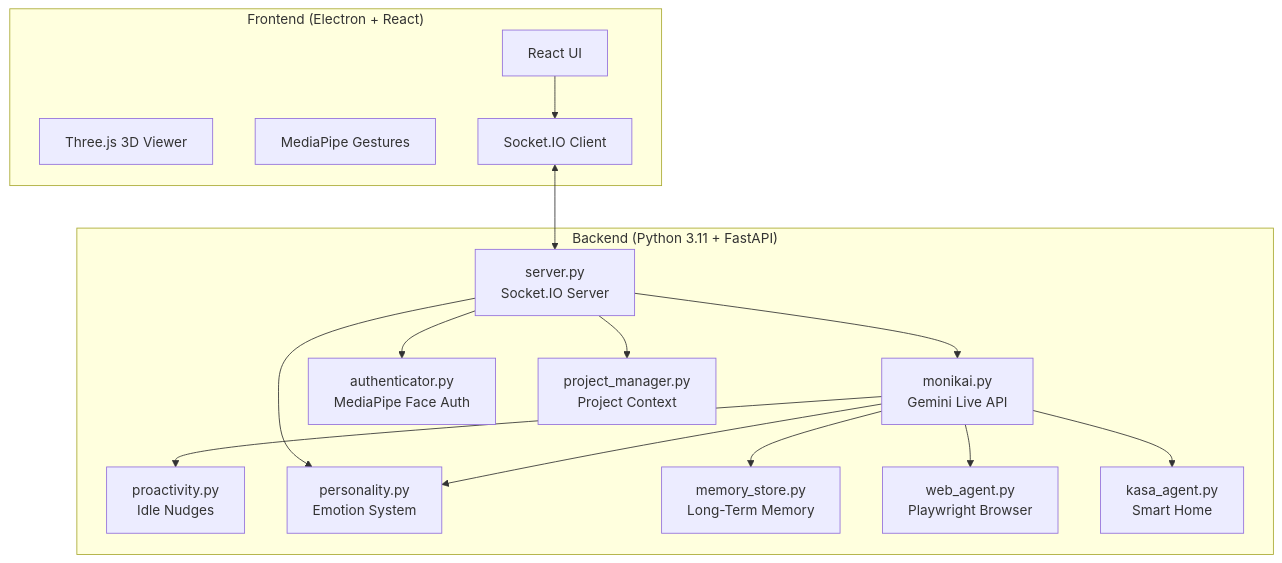
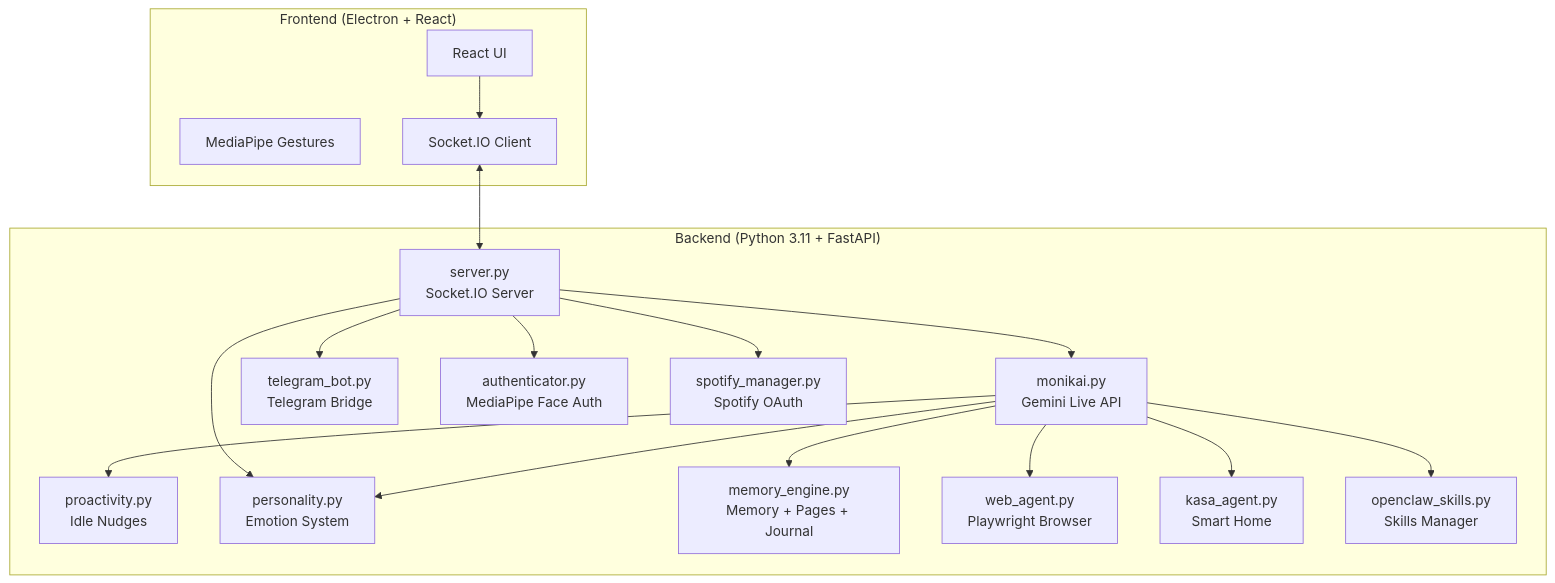
The diagram in README.md (aerokero/monikai), drawn with Mermaid before and after one commit. The commit also changed other lines of this file, not shown here.

````diff
--- a/README.md
+++ b/README.md
@@ -71,33 +42,36 @@
 ```mermaid
 graph TB
     subgraph Frontend ["Frontend (Electron + React)"]
         UI[React UI]
-        THREE[Three.js 3D Viewer]
         GESTURE[MediaPipe Gestures]
         SOCKET_C[Socket.IO Client]
     end
     
     subgraph Backend ["Backend (Python 3.11 + FastAPI)"]
         SERVER[server.py<br/>Socket.IO Server]
-        MonikAI[monikai.py<br/>Gemini Live API]
+        MONIKA[monikai.py<br/>Gemini Live API]
         PROACT[proactivity.py<br/>Idle Nudges]
         PERS[personality.py<br/>Emotion System]
-        MEM[memory_store.py<br/>Long-Term Memory]
+        MEM[memory_engine.py<br/>Memory + Pages + Journal]
         WEB[web_agent.py<br/>Playwright Browser]
         KASA[kasa_agent.py<br/>Smart Home]
+        TG[telegram_bot.py<br/>Telegram Bridge]
+        SKILLS[openclaw_skills.py<br/>Skills Manager]
         AUTH[authenticator.py<br/>MediaPipe Face Auth]
-        PM[project_manager.py<br/>Project Context]
+        SPOT[spotify_manager.py<br/>Spotify OAuth]
     end
     
     UI --> SOCKET_C
     SOCKET_C <--> SERVER
-    SERVER --> MonikAI
+    SERVER --> MONIKA
     SERVER --> PERS
-    MonikAI --> WEB
-    MonikAI --> KASA
-    MonikAI --> PROACT
-    MonikAI --> PERS
-    MonikAI --> MEM
+    SERVER --> TG
+    MONIKA --> WEB
+    MONIKA --> KASA
+    MONIKA --> PROACT
+    MONIKA --> PERS
+    MONIKA --> MEM
+    MONIKA --> SKILLS
+    SERVER --> SPOT
     SERVER --> AUTH
-    SERVER --> PM
 ```
````
